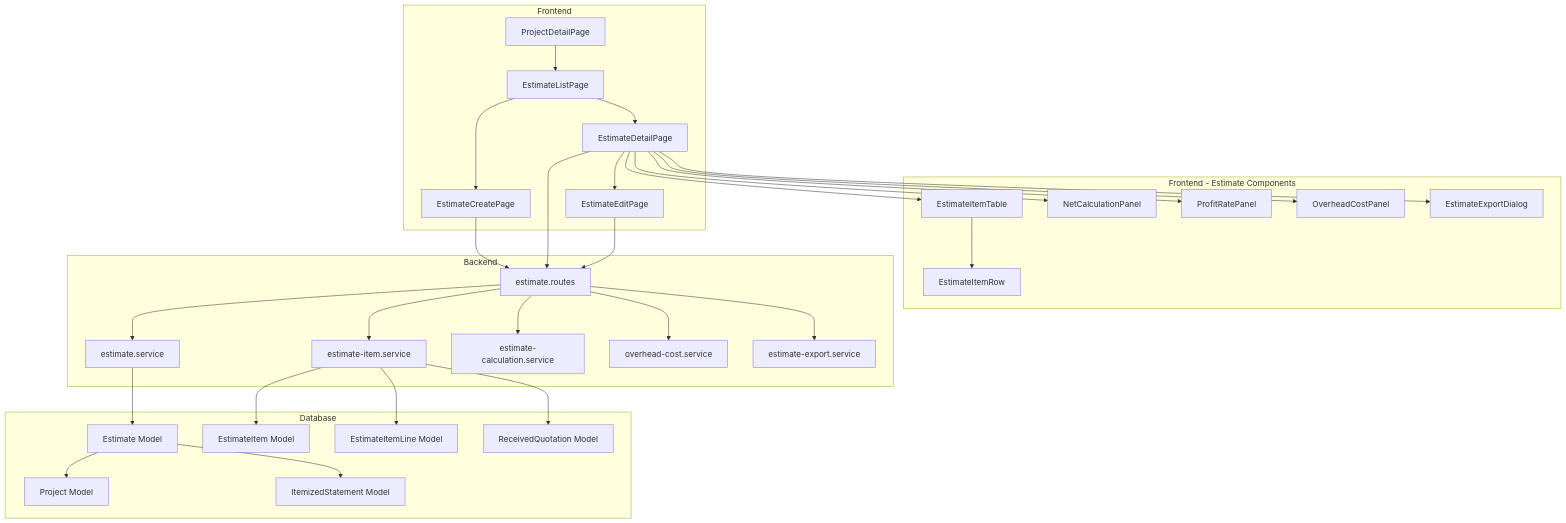
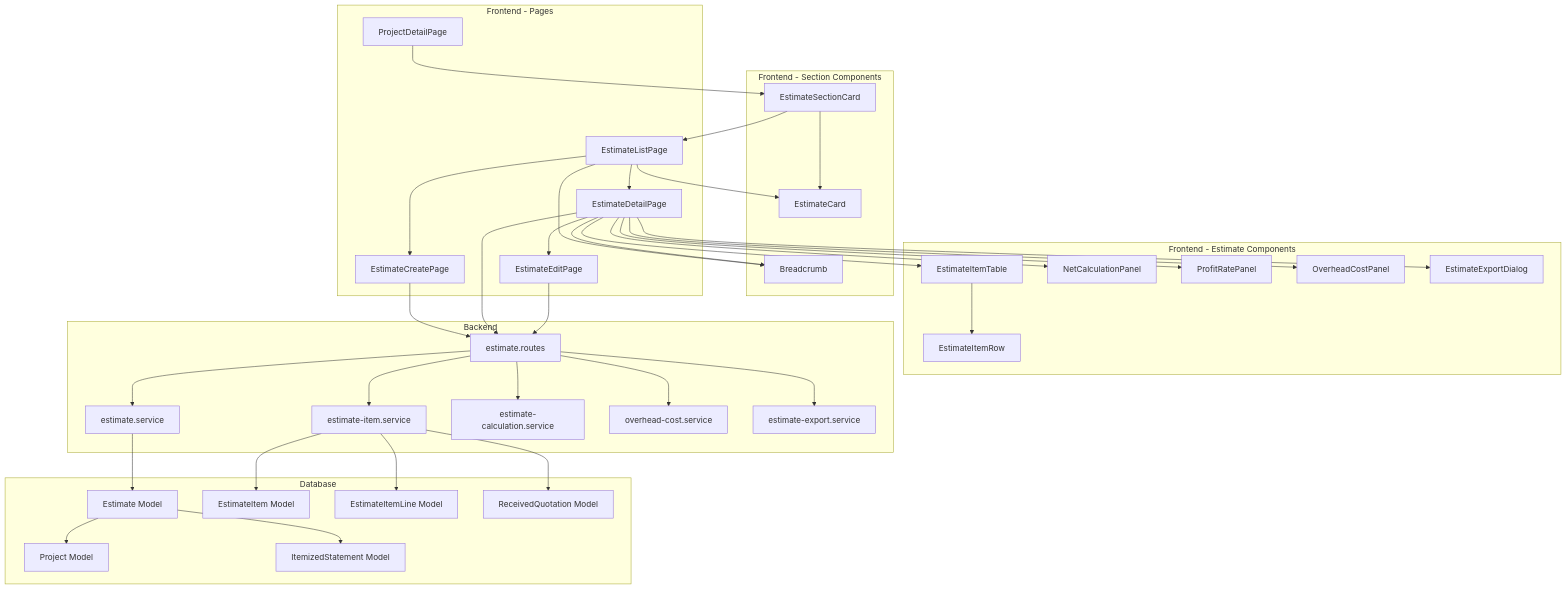
Before and after one commit to inakanou/ArchiTrack: the first of 7 diagrams in .kiro/specs/estimate-creation/design.md, drawn with Mermaid. The commit also changed other lines of this file and 3 other files, not shown here.

````diff
--- a/.kiro/specs/estimate-creation/design.md
+++ b/.kiro/specs/estimate-creation/design.md
@@ -58,68 +61,79 @@
 ```mermaid
 graph TB
-    subgraph Frontend
+    subgraph Frontend_Pages[Frontend - Pages]
         ProjectDetailPage[ProjectDetailPage]
         EstimateListPage[EstimateListPage]
         EstimateCreatePage[EstimateCreatePage]
         EstimateDetailPage[EstimateDetailPage]
         EstimateEditPage[EstimateEditPage]
     end
 
-    subgraph Frontend_Components[Frontend - Estimate Components]
+    subgraph Frontend_SectionComponents[Frontend - Section Components]
+        EstimateSectionCard[EstimateSectionCard]
+        EstimateCard[EstimateCard]
+        Breadcrumb[Breadcrumb]
+    end
+
+    subgraph Frontend_EstimateComponents[Frontend - Estimate Components]
         EstimateItemTable[EstimateItemTable]
         EstimateItemRow[EstimateItemRow]
         NetCalculationPanel[NetCalculationPanel]
         ProfitRatePanel[ProfitRatePanel]
         OverheadCostPanel[OverheadCostPanel]
         EstimateExportDialog[EstimateExportDialog]
     end
 
     subgraph Backend
         EstimateRoutes[estimate.routes]
         EstimateService[estimate.service]
         EstimateItemService[estimate-item.service]
         EstimateCalculationService[estimate-calculation.service]
         OverheadCostService[overhead-cost.service]
         EstimateExportService[estimate-export.service]
     end
 
     subgraph Database
         Estimate[Estimate Model]
         EstimateItem[EstimateItem Model]
         EstimateItemLine[EstimateItemLine Model]
         Project[Project Model]
         ItemizedStatement[ItemizedStatement Model]
         ReceivedQuotation[ReceivedQuotation Model]
     end
 
-    ProjectDetailPage --> EstimateListPage
+    ProjectDetailPage --> EstimateSectionCard
+    EstimateSectionCard --> EstimateCard
+    EstimateSectionCard --> EstimateListPage
+    EstimateListPage --> EstimateCard
+    EstimateListPage --> Breadcrumb
     EstimateListPage --> EstimateCreatePage
     EstimateListPage --> EstimateDetailPage
+    EstimateDetailPage --> Breadcrumb
     EstimateDetailPage --> EstimateEditPage
 
     EstimateDetailPage --> EstimateItemTable
     EstimateDetailPage --> NetCalculationPanel
     EstimateDetailPage --> ProfitRatePanel
     EstimateDetailPage --> OverheadCostPanel
     EstimateDetailPage --> EstimateExportDialog
 
     EstimateItemTable --> EstimateItemRow
 
     EstimateCreatePage --> EstimateRoutes
     EstimateDetailPage --> EstimateRoutes
     EstimateEditPage --> EstimateRoutes
 
     EstimateRoutes --> EstimateService
     EstimateRoutes --> EstimateItemService
     EstimateRoutes --> EstimateCalculationService
     EstimateRoutes --> OverheadCostService
     EstimateRoutes --> EstimateExportService
 
     EstimateService --> Estimate
     EstimateItemService --> EstimateItem
     EstimateItemService --> EstimateItemLine
     EstimateItemService --> ReceivedQuotation
 
     Estimate --> Project
     Estimate --> ItemizedStatement
 ```
````
